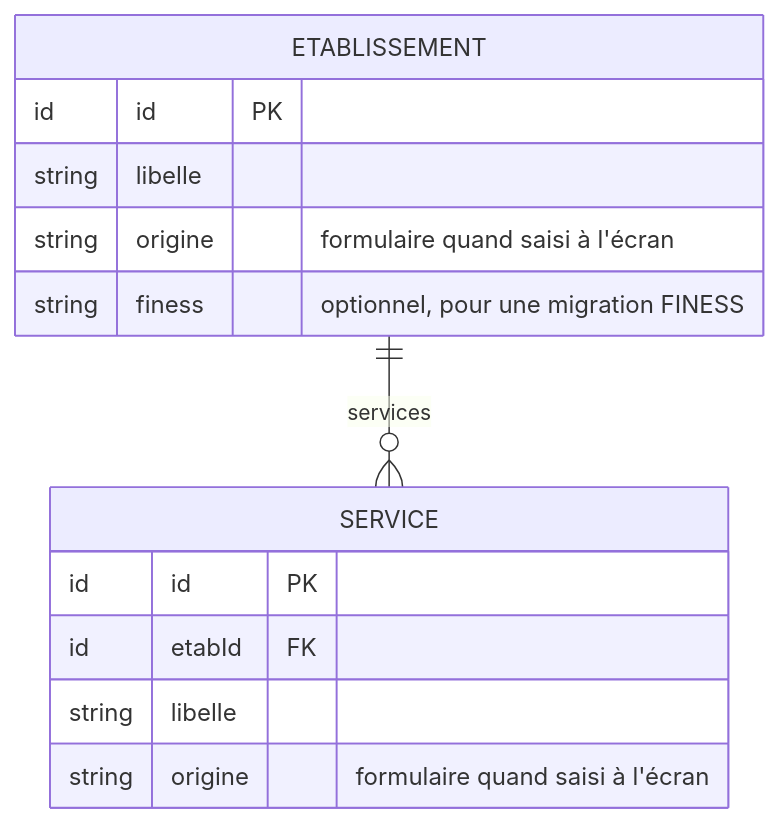
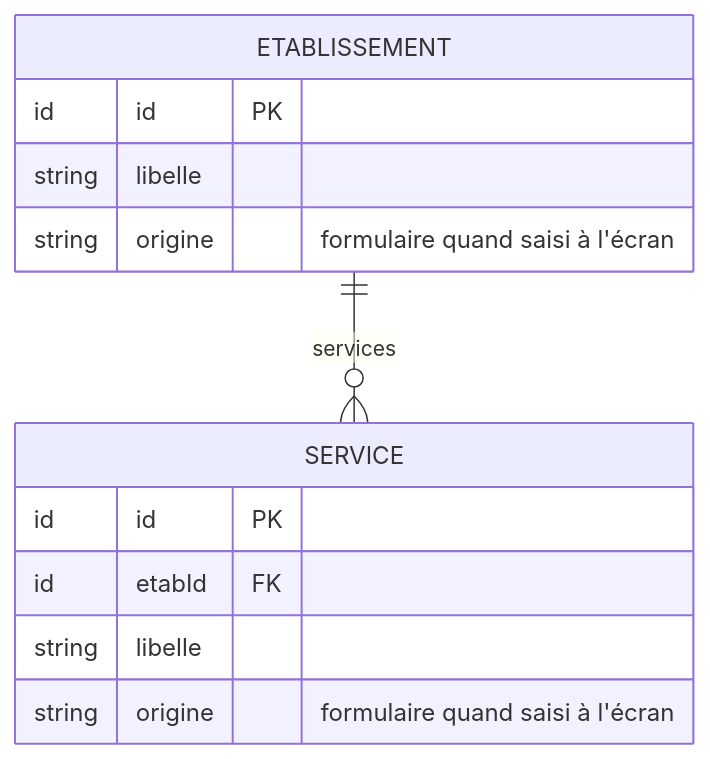
Before and after one commit to betagouv/transport-sanitaire: the diagram in apps/simulateur-eligibilite/docs/knowledge/domain/rattachement.md, drawn with Mermaid. The commit also changed other lines of this file and 3 other files, not shown here.

````diff
--- a/apps/simulateur-eligibilite/docs/knowledge/domain/rattachement.md
+++ b/apps/simulateur-eligibilite/docs/knowledge/domain/rattachement.md
@@ -83,16 +81,15 @@
 ```mermaid
 erDiagram
     ETABLISSEMENT ||--o{ SERVICE : "services"
     ETABLISSEMENT {
         id id PK
         string libelle
         string origine "formulaire quand saisi à l'écran"
-        string finess "optionnel, pour une migration FINESS"
     }
     SERVICE {
         id id PK
         id etabId FK
         string libelle
         string origine "formulaire quand saisi à l'écran"
     }
 ```
````
